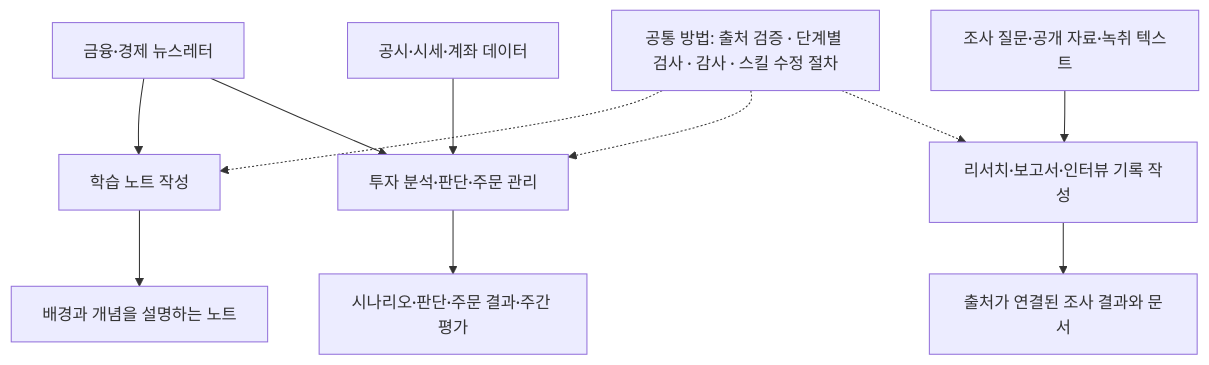
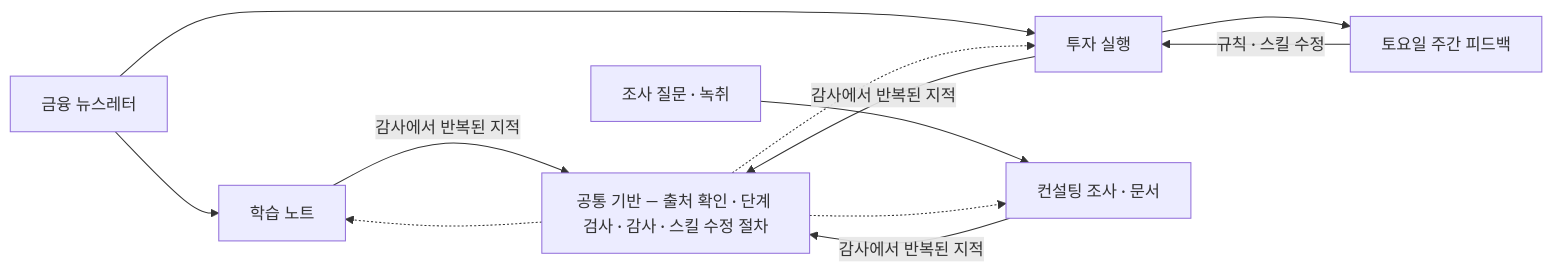
One commit to swkim46/claude-skills-portfolio changed the diagram in README.md. Above: the diagram before and after it, drawn with Mermaid. The commit also changed other lines of this file and 15 other files, not shown here.

````diff
--- a/README.md
+++ b/README.md
@@ -9,13 +17,12 @@
 ```mermaid
-flowchart TB
-    N[금융·경제 뉴스레터] --> W[학습 노트 작성]
-    N --> T[투자 분석·판단·주문 관리]
-    P[공시·시세·계좌 데이터] --> T
-    Q[조사 질문·공개 자료·녹취 텍스트] --> R[리서치·보고서·인터뷰 기록 작성]
-    W --> WO[배경과 개념을 설명하는 노트]
-    T --> TO[시나리오·판단·주문 결과·주간 평가]
-    R --> RO[출처가 연결된 조사 결과와 문서]
-    C[공통 방법: 출처 검증 · 단계별 검사 · 감사 · 스킬 수정 절차] -.-> W
-    C -.-> T
-    C -.-> R
+flowchart LR
+    N[금융 뉴스레터] --> L[학습 노트]
+    N --> T[투자 실행]
+    Q[조사 질문 · 녹취] --> C[컨설팅 조사 · 문서]
+    T --> F[토요일 주간 피드백]
+    F -- 규칙 · 스킬 수정 --> T
+    B[공통 기반 — 출처 확인 · 단계 검사 · 감사 · 스킬 수정 절차] -.-> L
+    B -.-> T
+    B -.-> C
+    L & T & C -- 감사에서 반복된 지적 --> B
 ```
````
